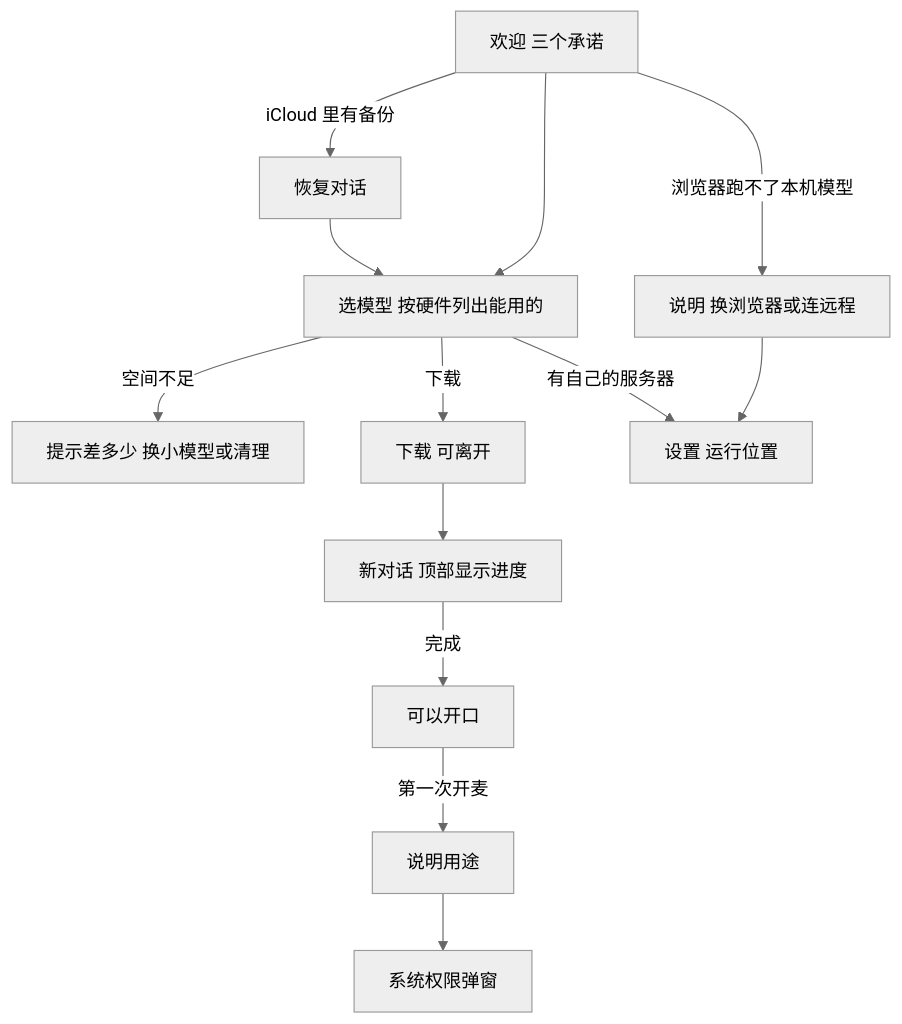
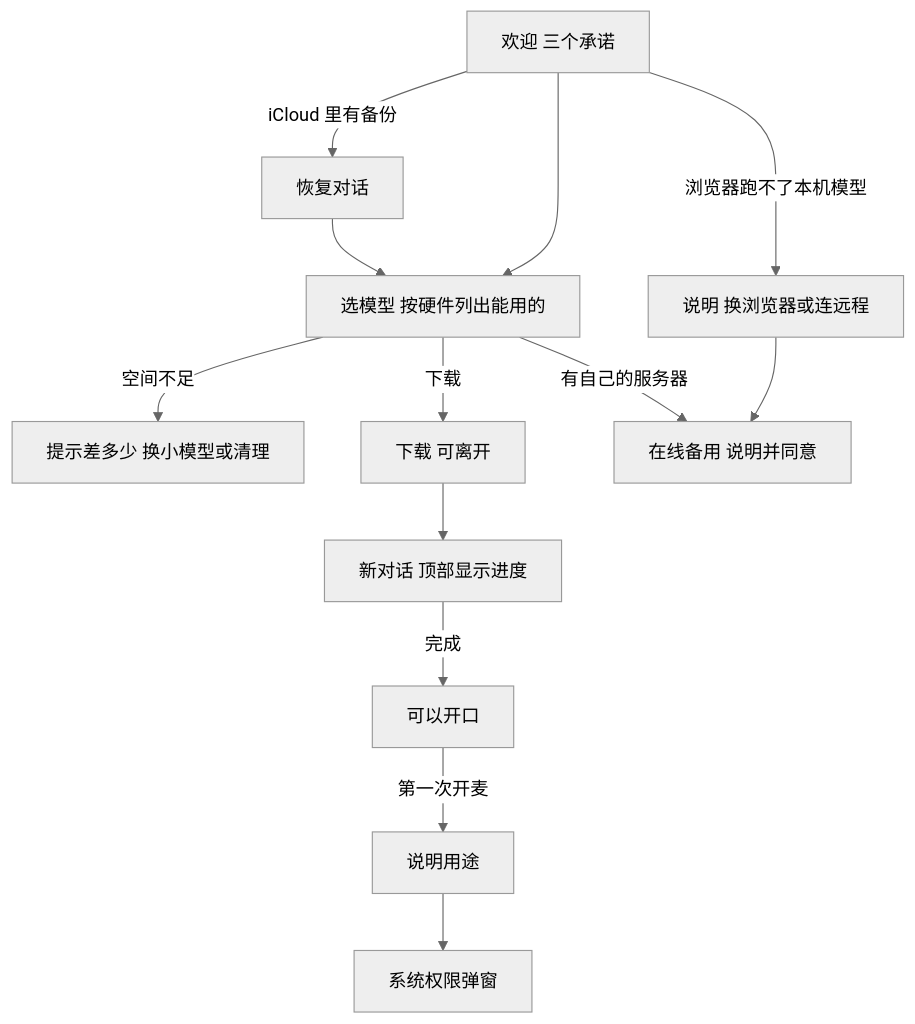
Before and after one commit to IceblueSakura/minicpm-design: the third of 3 diagrams in docs/03-structure.md, drawn with Mermaid (neutral theme). The commit also changed other lines of this file and 11 other files, not shown here.

````diff
--- a/docs/03-structure.md
+++ b/docs/03-structure.md
@@ -258,12 +260,12 @@
 ```mermaid
 flowchart TD
   A[欢迎 三个承诺] -->|iCloud 里有备份| A2[恢复对话] --> B
   A --> B[选模型 按硬件列出能用的]
   B -->|空间不足| B2[提示差多少 换小模型或清理]
   B -->|下载| C[下载 可离开]
-  B -->|有自己的服务器| R[设置 运行位置]
+  B -->|有自己的服务器| R[在线备用 说明并同意]
   A -->|浏览器跑不了本机模型| B3[说明 换浏览器或连远程] --> R
   C --> D[新对话 顶部显示进度]
   D -->|完成| E[可以开口]
   E -->|第一次开麦| F[说明用途] --> G[系统权限弹窗]
 ```
````
